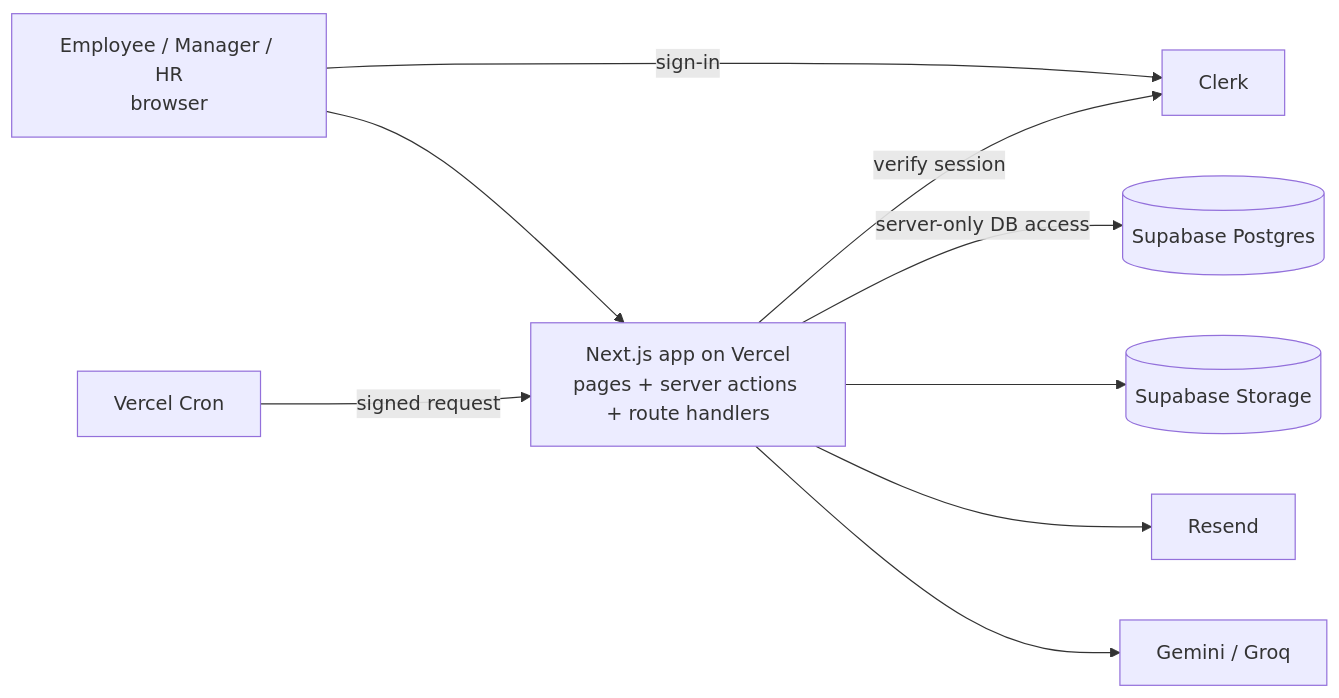
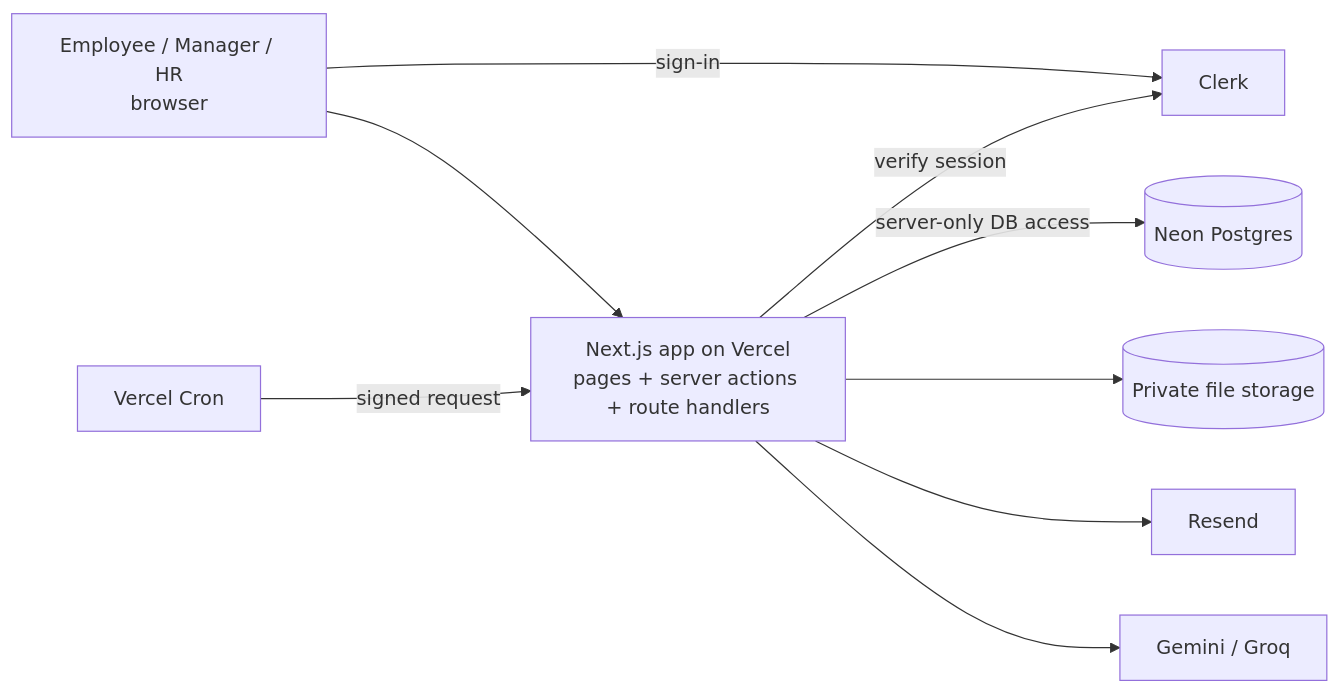
The first of 3 diagrams in ARCHITECTURE.md (josejrestrada/HRMS), drawn with Mermaid before and after one commit. The commit also changed other lines of this file and 6 other files, not shown here.

Commit message:
Switch database from Supabase to Neon; log decision and update docs, env example, deps

````diff
--- a/ARCHITECTURE.md
+++ b/ARCHITECTURE.md
@@ -45,11 +45,11 @@
 ```mermaid
 flowchart LR
     U[Employee / Manager / HR<br/>browser] --> N[Next.js app on Vercel<br/>pages + server actions + route handlers]
     U -->|sign-in| C[Clerk]
     N -->|verify session| C
-    N -->|server-only DB access| DB[(Supabase Postgres)]
-    N --> ST[(Supabase Storage)]
+    N -->|server-only DB access| DB[(Neon Postgres)]
+    N --> ST[(Private file storage)]
     N --> R[Resend]
     N --> LLM[Gemini / Groq]
     CR[Vercel Cron] -->|signed request| N
 ```
````
